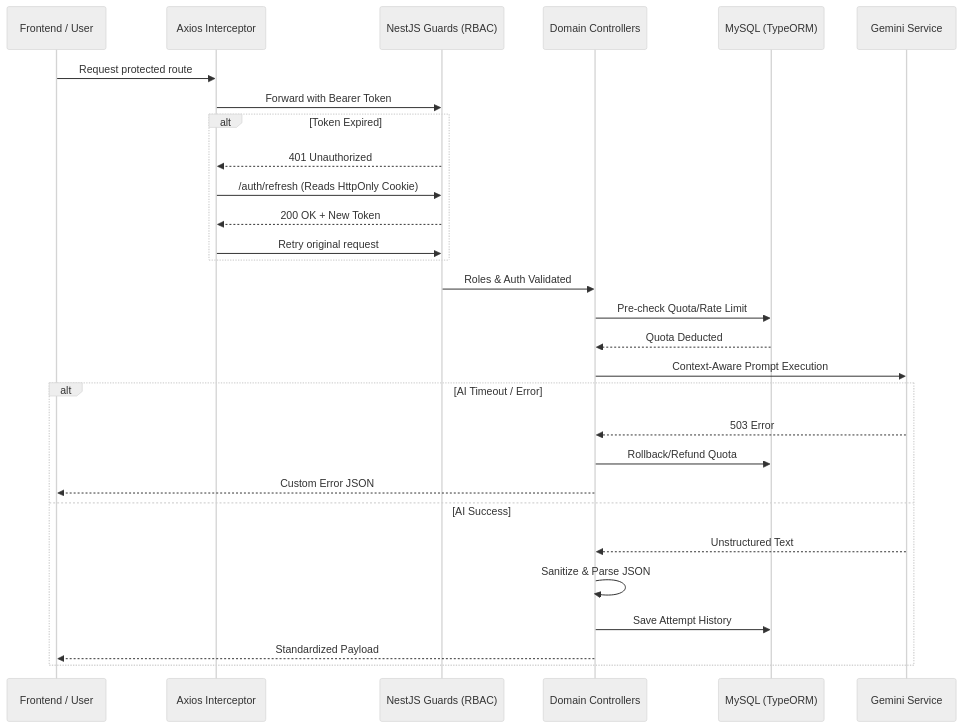
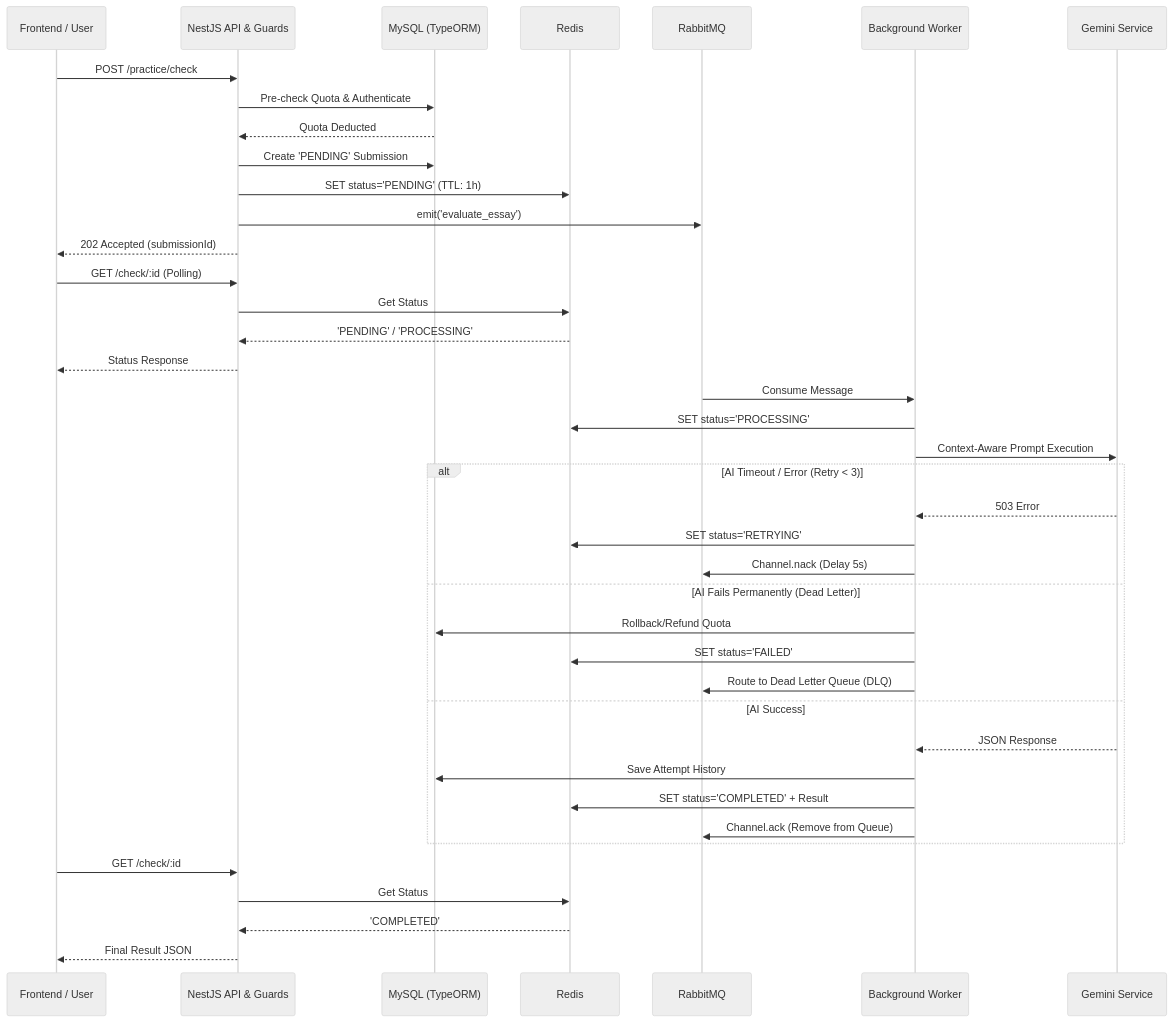
The first of 2 diagrams in README.md (nameTun/bandmates-platform), drawn with Mermaid (neutral theme) before and after one commit. The commit also changed other lines of this file and 10 other files, not shown here.

Commit message:
test: implement comprehensive unit tests for core modules (Auth, Practice, UsageLimit)

````diff
--- a/README.md
+++ b/README.md
@@ -103,35 +107,54 @@
 ```mermaid
 sequenceDiagram
     participant Client as Frontend / User
-    participant Interceptor as Axios Interceptor
-    participant Gate as NestJS Guards (RBAC)
-    participant Core as Domain Controllers
+    participant Gate as NestJS API & Guards
     participant DB as MySQL (TypeORM)
+    participant Cache as Redis
+    participant MQ as RabbitMQ
+    participant Worker as Background Worker
     participant AI as Gemini Service
 
-    Client->>Interceptor: Request protected route
-    Interceptor->>Gate: Forward with Bearer Token
+    Client->>Gate: POST /practice/check
     
-    alt Token Expired
-        Gate-->>Interceptor: 401 Unauthorized
-        Interceptor->>Gate: /auth/refresh (Reads HttpOnly Cookie)
-        Gate-->>Interceptor: 200 OK + New Token
-        Interceptor->>Gate: Retry original request
+    %% Authorization & Rate Limiting
+    Gate->>DB: Pre-check Quota & Authenticate
+    DB-->>Gate: Quota Deducted
+    
+    %% Initial Response
+    Gate->>DB: Create 'PENDING' Submission
+    Gate->>Cache: SET status='PENDING' (TTL: 1h)
+    Gate->>MQ: emit('evaluate_essay')
+    Gate-->>Client: 202 Accepted (submissionId)
+    
+    %% Client Polling
+    Client->>Gate: GET /check/:id (Polling)
+    Gate->>Cache: Get Status
+    Cache-->>Gate: 'PENDING' / 'PROCESSING'
+    Gate-->>Client: Status Response
+    
+    %% Background Processing
+    MQ->>Worker: Consume Message
+    Worker->>Cache: SET status='PROCESSING'
+    Worker->>AI: Context-Aware Prompt Execution
+    
+    alt AI Timeout / Error (Retry < 3)
+        AI-->>Worker: 503 Error
+        Worker->>Cache: SET status='RETRYING'
+        Worker->>MQ: Channel.nack (Delay 5s)
+    else AI Fails Permanently (Dead Letter)
+        Worker->>DB: Rollback/Refund Quota
+        Worker->>Cache: SET status='FAILED'
+        Worker->>MQ: Route to Dead Letter Queue (DLQ)
+    else AI Success
+        AI-->>Worker: JSON Response
+        Worker->>DB: Save Attempt History
+        Worker->>Cache: SET status='COMPLETED' + Result
+        Worker->>MQ: Channel.ack (Remove from Queue)
     end
-
-    Gate->>Core: Roles & Auth Validated
-    Core->>DB: Pre-check Quota/Rate Limit
-    DB-->>Core: Quota Deducted
-    Core->>AI: Context-Aware Prompt Execution
     
-    alt AI Timeout / Error
-        AI-->>Core: 503 Error
-        Core->>DB: Rollback/Refund Quota
-        Core-->>Client: Custom Error JSON
-    else AI Success
-        AI-->>Core: Unstructured Text
-        Core->>Core: Sanitize & Parse JSON
-        Core->>DB: Save Attempt History
-        Core-->>Client: Standardized Payload
-    end
+    %% Final Client Poll
+    Client->>Gate: GET /check/:id
+    Gate->>Cache: Get Status
+    Cache-->>Gate: 'COMPLETED'
+    Gate-->>Client: Final Result JSON
 ```
````
